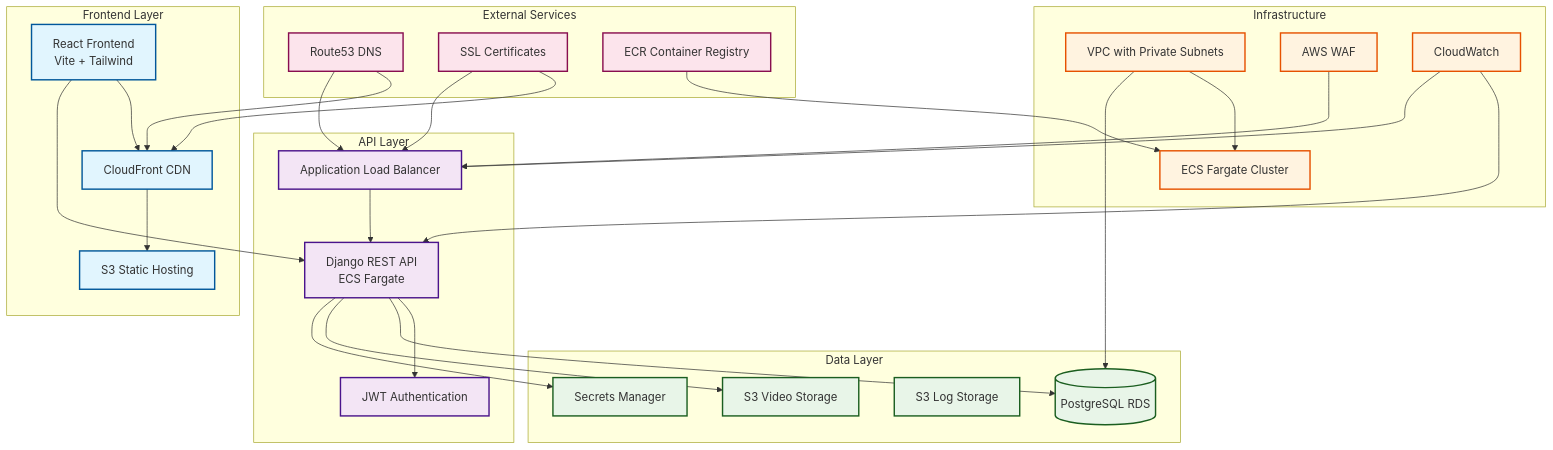
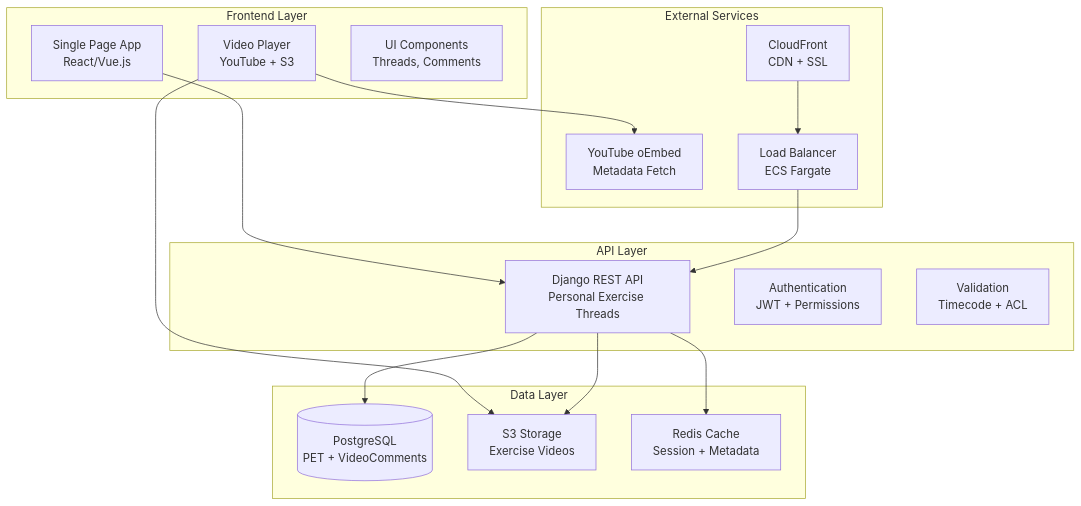
Before and after one commit to jacpagan/practica: the first of 7 diagrams in docs/architecture/architecture-overview.md, drawn with Mermaid. The commit also changed other lines of this file and 262 other files, not shown here.

````diff
--- a/docs/architecture/architecture-overview.md
+++ b/docs/architecture/architecture-overview.md
@@ -3,73 +5,35 @@
 ```mermaid
 graph TB
     subgraph "Frontend Layer"
-        UI["React Frontend<br/>Vite + Tailwind"]
-        CF[CloudFront CDN]
-        S3_STATIC[S3 Static Hosting]
+        SPA[Single Page App<br/>React/Vue.js]
+        VP[Video Player<br/>YouTube + S3]
+        UI[UI Components<br/>Threads, Comments]
     end
 
     subgraph "API Layer"
-        ALB[Application Load Balancer]
-        API["Django REST API<br/>ECS Fargate"]
-        AUTH[JWT Authentication]
+        API[Django REST API<br/>Personal Exercise Threads]
+        AUTH[Authentication<br/>JWT + Permissions]
+        VALID[Validation<br/>Timecode + ACL]
     end
 
     subgraph "Data Layer"
-        RDS[(PostgreSQL RDS)]
-        S3_VIDEOS[S3 Video Storage]
-        S3_LOGS[S3 Log Storage]
-        SECRETS[Secrets Manager]
-    end
-
-    subgraph "Infrastructure"
-        VPC[VPC with Private Subnets]
-        ECS[ECS Fargate Cluster]
-        WAF[AWS WAF]
-        CW[CloudWatch]
+        DB[(PostgreSQL<br/>PET + VideoComments)]
+        S3[S3 Storage<br/>Exercise Videos]
+        CACHE[Redis Cache<br/>Session + Metadata]
     end
 
     subgraph "External Services"
-        ROUTE53[Route53 DNS]
-        ACM[SSL Certificates]
-        ECR[ECR Container Registry]
+        YT[YouTube oEmbed<br/>Metadata Fetch]
+        CF[CloudFront<br/>CDN + SSL]
+        ALB[Load Balancer<br/>ECS Fargate]
     end
 
-    %% Frontend connections
-    UI --> CF
-    CF --> S3_STATIC
-    UI --> API
-
-    %% API connections
+    SPA --> API
+    VP --> YT
+    VP --> S3
+    API --> DB
+    API --> S3
+    API --> CACHE
+    CF --> ALB
     ALB --> API
-    API --> AUTH
-    API --> RDS
-    API --> S3_VIDEOS
-    API --> SECRETS
-
-    %% Infrastructure connections
-    VPC --> ECS
-    VPC --> RDS
-    WAF --> ALB
-    CW --> API
-    CW --> ALB
-
-    %% External connections
-    ROUTE53 --> CF
-    ROUTE53 --> ALB
-    ACM --> CF
-    ACM --> ALB
-    ECR --> ECS
-
-    %% Styling
-    classDef frontend fill:#e1f5fe,stroke:#01579b,stroke-width:2px
-    classDef api fill:#f3e5f5,stroke:#4a148c,stroke-width:2px
-    classDef data fill:#e8f5e8,stroke:#1b5e20,stroke-width:2px
-    classDef infra fill:#fff3e0,stroke:#e65100,stroke-width:2px
-    classDef external fill:#fce4ec,stroke:#880e4f,stroke-width:2px
-
-    class UI,CF,S3_STATIC frontend
-    class ALB,API,AUTH api
-    class RDS,S3_VIDEOS,S3_LOGS,SECRETS data
-    class VPC,ECS,WAF,CW infra
-    class ROUTE53,ACM,ECR external
 ```
````
